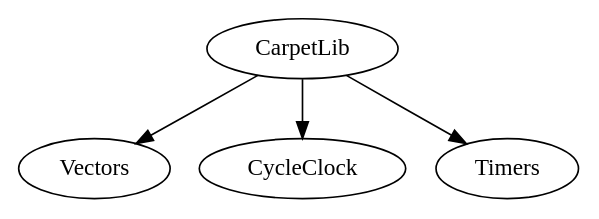
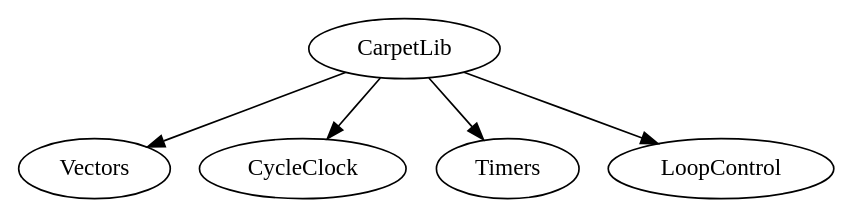
Before and after one commit to YuLiumt/Cactus: the second of 11 diagrams in note/Guide/AMR.rst, drawn with Graphviz. The commit also changed other lines of this file and 91 other files, not shown here.

```diff
--- a/note/Guide/AMR.rst
+++ b/note/Guide/AMR.rst
@@ -129,5 +149,6 @@
 .. digraph:: foo
 
    "CarpetLib" -> "Vectors";
    "CarpetLib" -> "CycleClock";
    "CarpetLib" -> "Timers";
+   "CarpetLib" -> "LoopControl";
```
